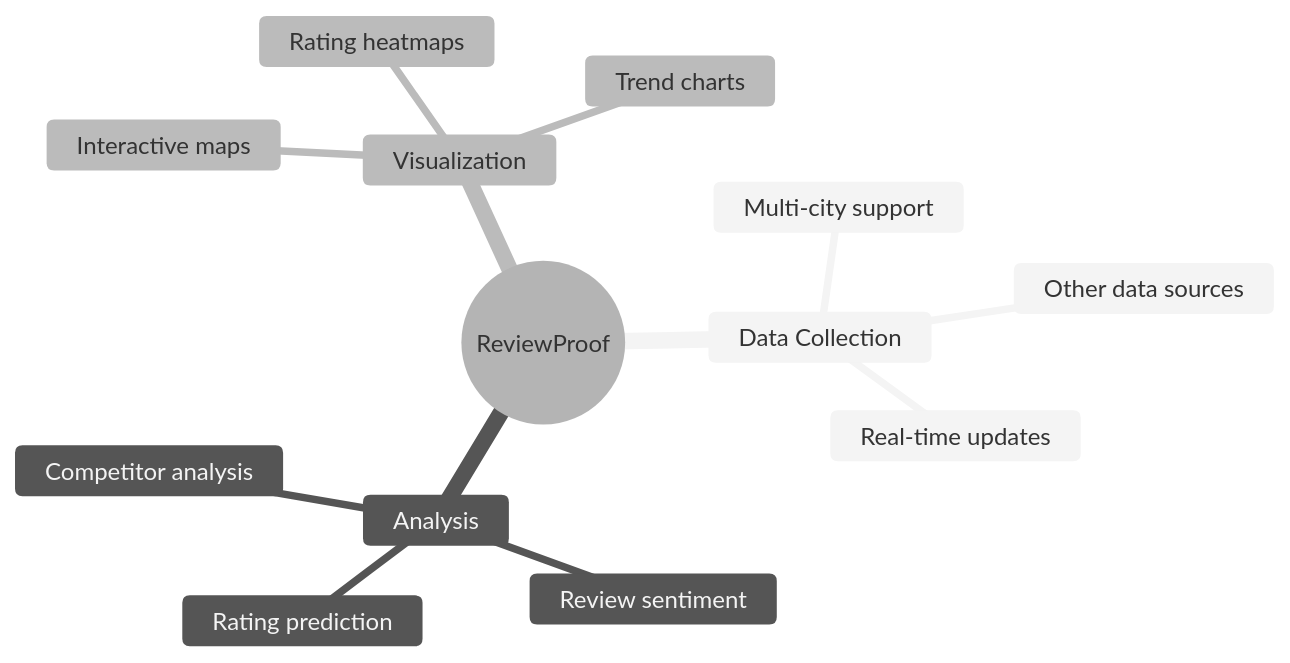
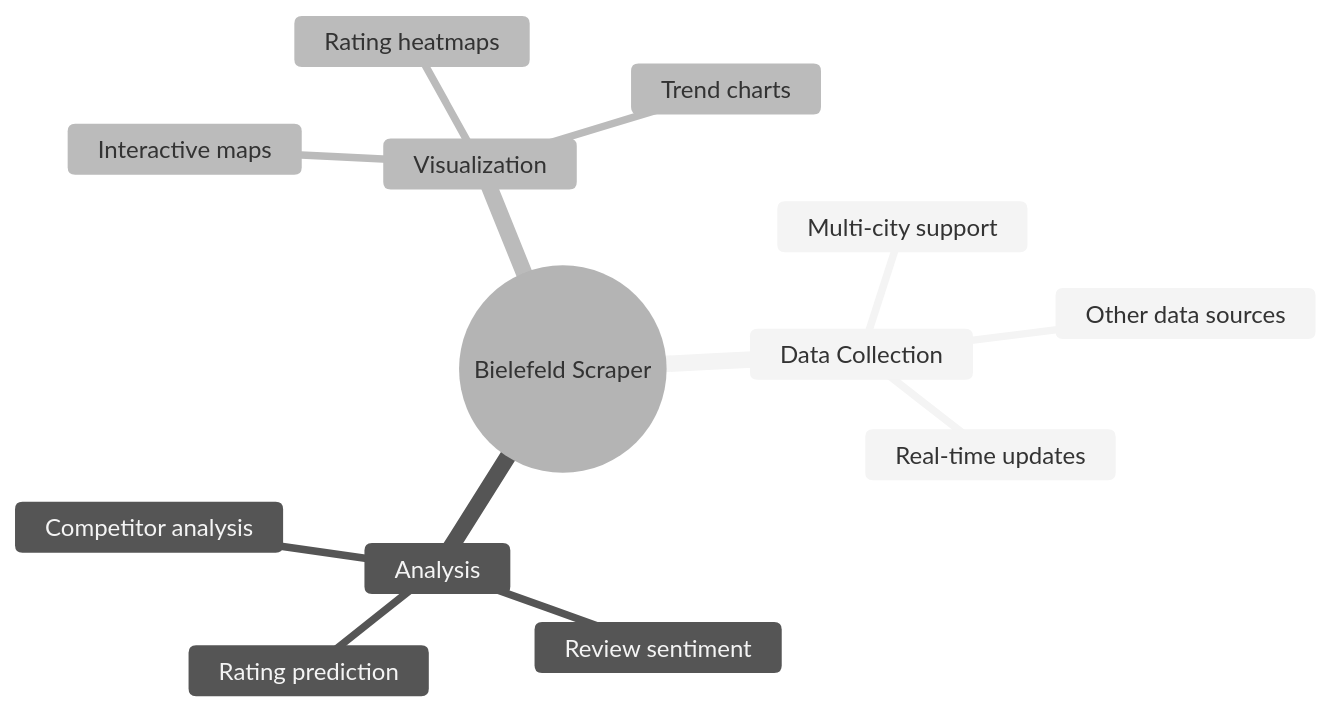
Before and after one commit to ModernAmusements/MA-Blog: diagram 13 of 13 in content/blog/review-proof.mdx, drawn with Mermaid (neutral theme). The commit also changed other lines of this file and 1 other file, not shown here.

Commit message:
feat: update ReviewProof blog with all 6 images, add missing content sections

````diff
--- a/content/blog/review-proof.mdx
+++ b/content/blog/review-proof.mdx
@@ -551,16 +653,16 @@
 ```mermaid
 mindmap
-  root((ReviewProof))
+  root((Bielefeld Scraper))
     Data Collection
       Multi-city support
       Other data sources
       Real-time updates
     Analysis
       Rating prediction
       Review sentiment
       Competitor analysis
     Visualization
       Interactive maps
       Rating heatmaps
       Trend charts
 ```
````
